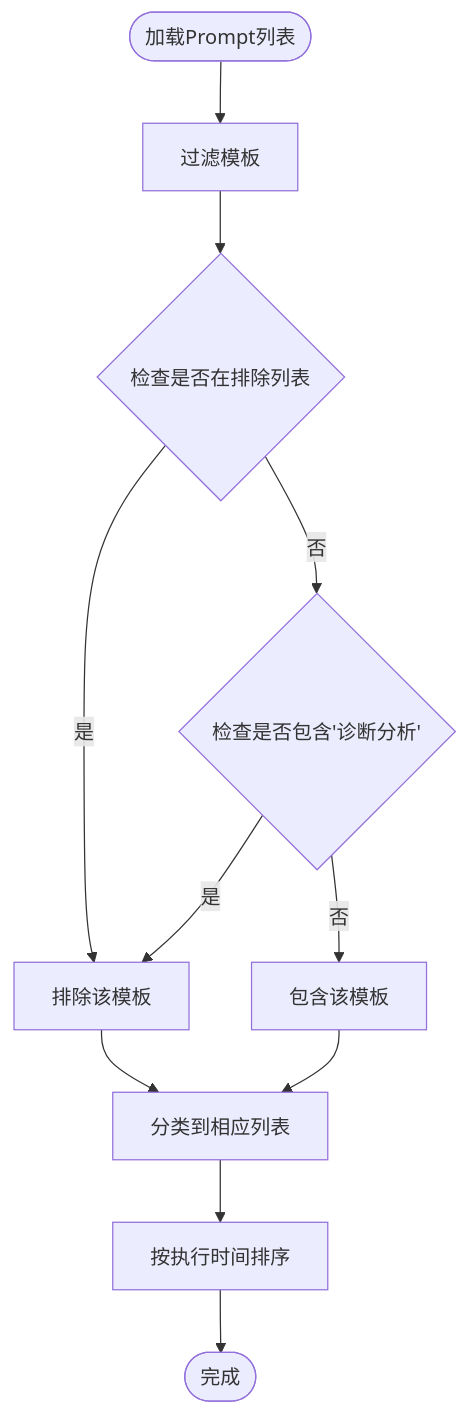
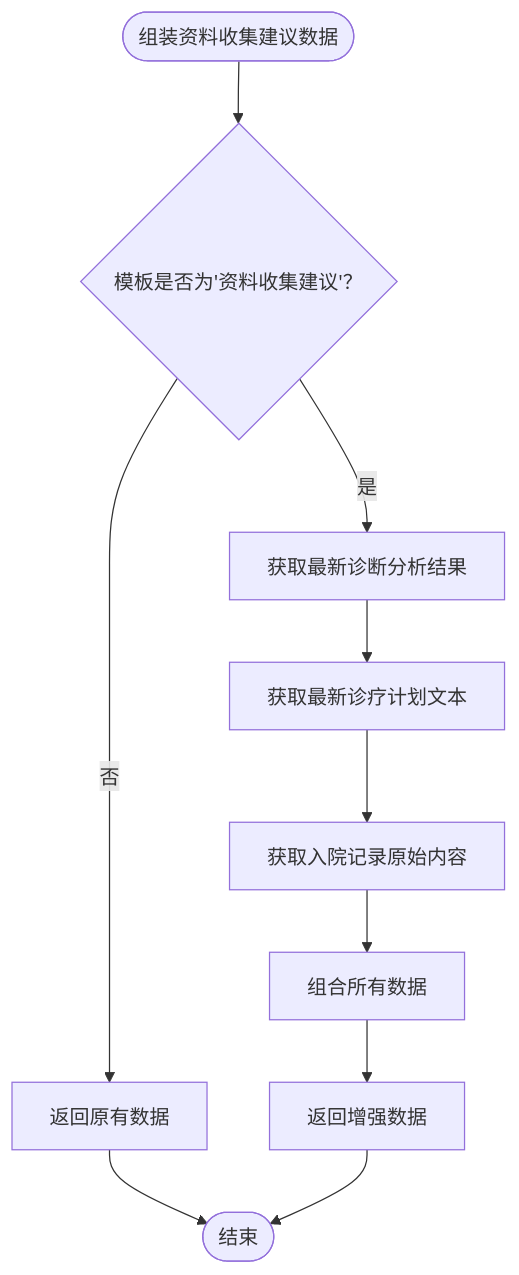
Before and after one commit to liuzh2008/med_ai_assistant_workspace: the eighth of 9 diagrams in .qoder/repowiki/zh/content/核心功能模块/AI诊断辅助系统.md, drawn with Mermaid. The commit also changed other lines of this file and 3 other files, not shown here.

````diff
--- a/.qoder/repowiki/zh/content/核心功能模块/AI诊断辅助系统.md
+++ b/.qoder/repowiki/zh/content/核心功能模块/AI诊断辅助系统.md
@@ -459,13 +615,12 @@
 ```mermaid
 flowchart TD
-Start(["加载Prompt列表"]) --> FilterTemplates["过滤模板"]
-FilterTemplates --> CheckExcluded{"检查是否在排除列表"}
-CheckExcluded --> |是| Exclude["排除该模板"]
-CheckExcluded --> |否| CheckContains{"检查是否包含'诊断分析'"}
-CheckContains --> |是| Exclude
-CheckContains --> |否| Include["包含该模板"]
-Exclude --> Classify["分类到相应列表"]
-Include --> Classify
-Classify --> Sort["按执行时间排序"]
-Sort --> End(["完成"])
+Start(["组装资料收集建议数据"]) --> CheckTemplate{"模板是否为'资料收集建议'？"}
+CheckTemplate --> |否| ReturnOriginal["返回原有数据"]
+CheckTemplate --> |是| GetLatestDiagnosis["获取最新诊断分析结果"]
+GetLatestDiagnosis --> GetTreatmentPlan["获取最新诊疗计划文本"]
+GetTreatmentPlan --> GetAdmissionRecord["获取入院记录原始内容"]
+GetAdmissionRecord --> CombineData["组合所有数据"]
+CombineData --> ReturnEnhanced["返回增强数据"]
+ReturnOriginal --> End(["结束"])
+ReturnEnhanced --> End
 ```
````
